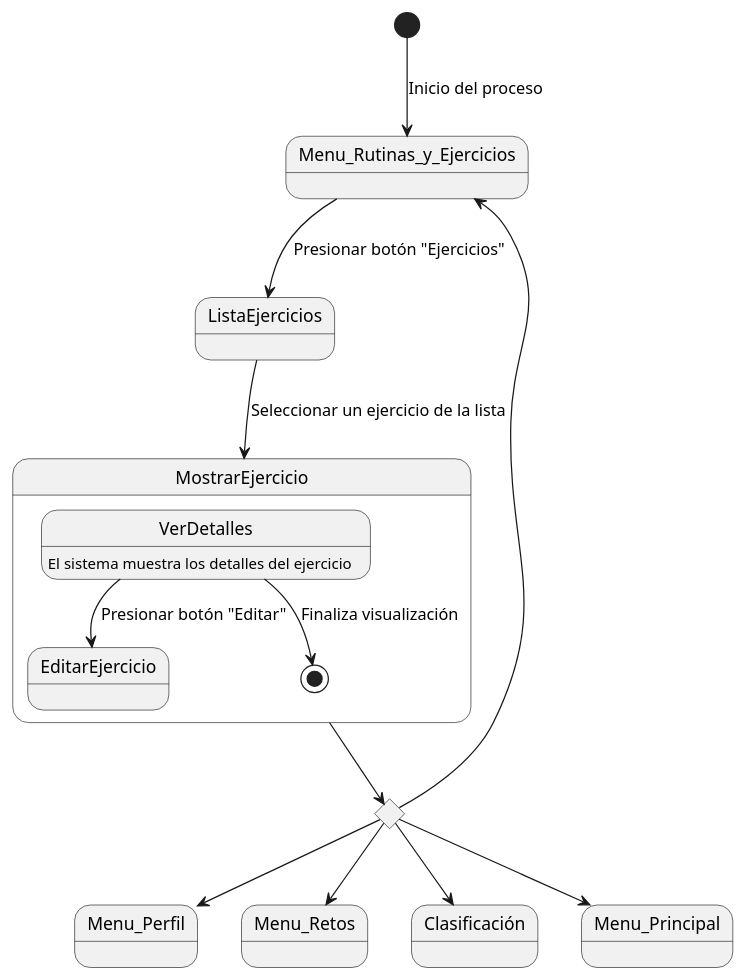
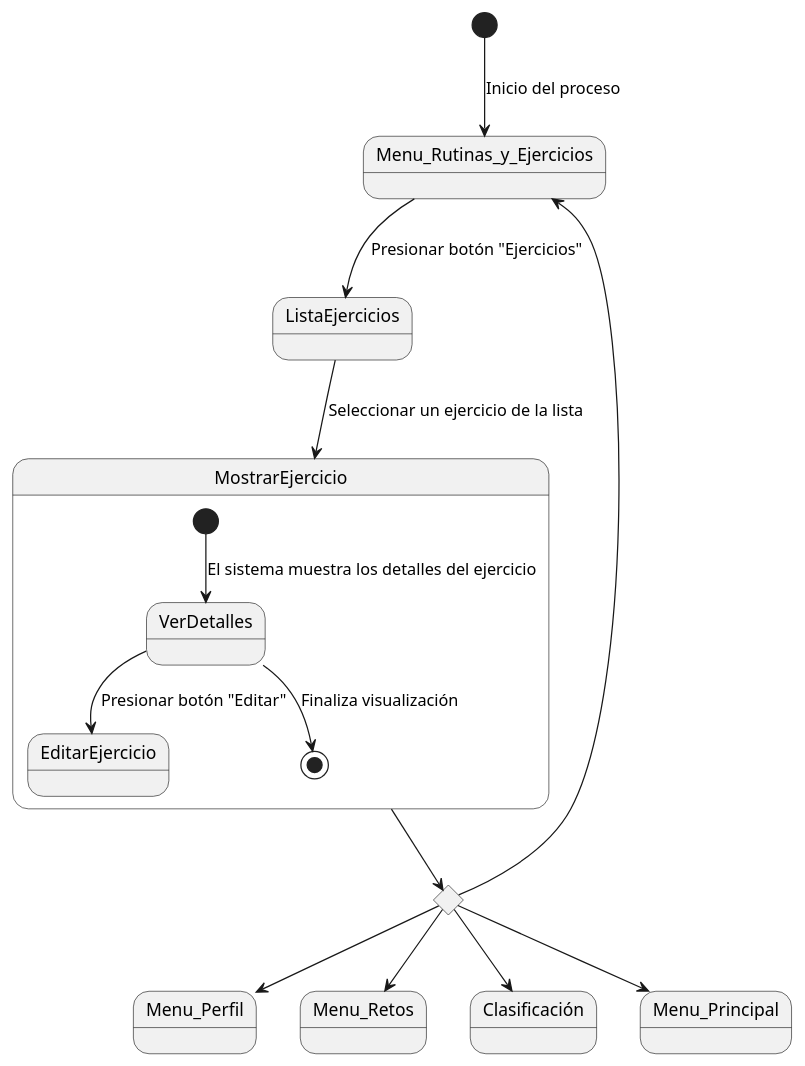
Before and after one commit to mmasias/24-25-IdSw1-SDR: the diagram in Documentos/DetallarCasosDeUso/Profesor/MostrarEjercicio.puml, drawn with PlantUML.

```diff
--- a/Documentos/DetallarCasosDeUso/Profesor/MostrarEjercicio.puml
+++ b/Documentos/DetallarCasosDeUso/Profesor/MostrarEjercicio.puml
@@ -1,18 +1,18 @@
 @startuml
 [*] --> Menu_Rutinas_y_Ejercicios : Inicio del proceso
 state rombo <<choice>>
 rombo --> Menu_Perfil
 rombo --> Menu_Retos
 rombo --> Clasificación
 rombo --> Menu_Rutinas_y_Ejercicios
 rombo --> Menu_Principal
 
 Menu_Rutinas_y_Ejercicios --> ListaEjercicios : Presionar botón "Ejercicios"
 ListaEjercicios --> MostrarEjercicio : Seleccionar un ejercicio de la lista
 MostrarEjercicio --> rombo
 state MostrarEjercicio {
-  VerDetalles : El sistema muestra los detalles del ejercicio
+  [*] --> VerDetalles : El sistema muestra los detalles del ejercicio
   VerDetalles --> EditarEjercicio : Presionar botón "Editar"
   VerDetalles --> [*] : Finaliza visualización
 }
 @enduml
```
